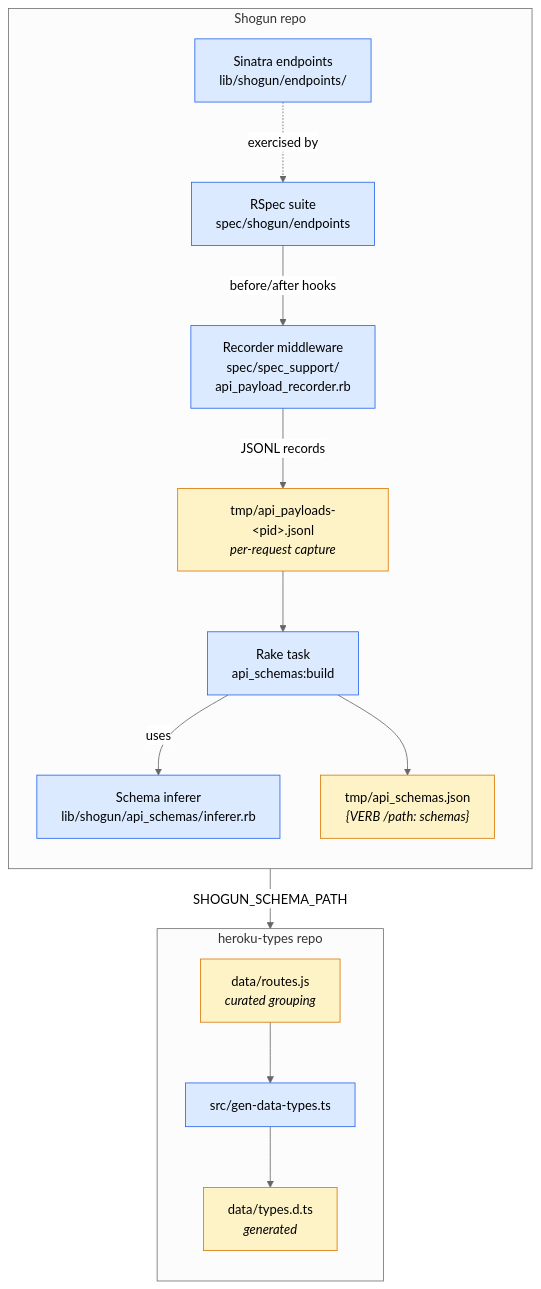
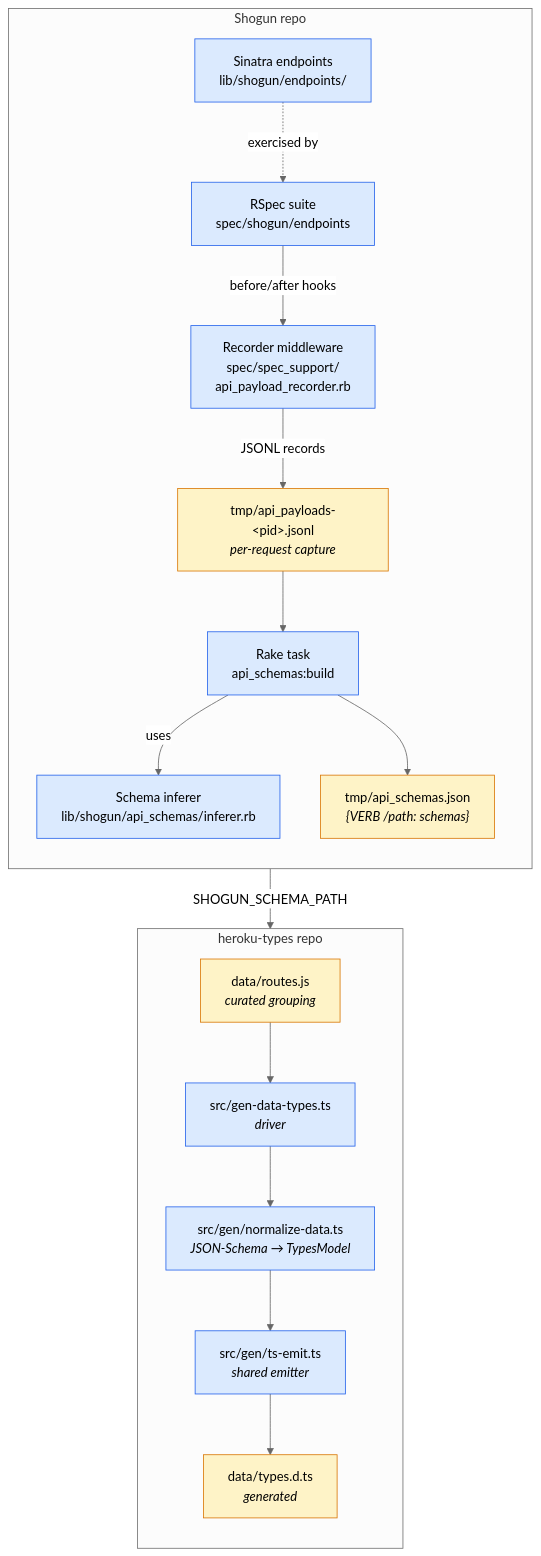
One commit to heroku/typescript-api-schema changed the diagram in docs/data-variant-pipeline.md. Above: the diagram before and after it, drawn with Mermaid (neutral theme). The commit also changed other lines of this file and 1 other file, not shown here.

````diff
--- a/docs/data-variant-pipeline.md
+++ b/docs/data-variant-pipeline.md
@@ -28,37 +28,41 @@
 ```mermaid
 flowchart TB
   subgraph Shogun["Shogun repo"]
     direction TB
     R1["Sinatra endpoints<br/>lib/shogun/endpoints/"]
     SP["RSpec suite<br/>spec/shogun/endpoints"]
     REC["Recorder middleware<br/>spec/spec_support/<br/>api_payload_recorder.rb"]
     JSONL["tmp/api_payloads-&lt;pid&gt;.jsonl<br/><i>per-request capture</i>"]
     INF["Schema inferer<br/>lib/shogun/api_schemas/inferer.rb"]
     RAKE["Rake task<br/>api_schemas:build"]
     JSON["tmp/api_schemas.json<br/><i>{VERB /path: schemas}</i>"]
 
     R1 -.exercised by.-> SP
     SP -- "before/after hooks" --> REC
     REC -- "JSONL records" --> JSONL
     JSONL --> RAKE
     RAKE -- "uses" --> INF
     RAKE --> JSON
   end
 
   subgraph HT["heroku-types repo"]
     direction TB
     ROUTES["data/routes.js<br/><i>curated grouping</i>"]
-    GEN["src/gen-data-types.ts"]
+    GEN["src/gen-data-types.ts<br/><i>driver</i>"]
+    NORM["src/gen/normalize-data.ts<br/><i>JSON-Schema → TypesModel</i>"]
+    EMIT["src/gen/ts-emit.ts<br/><i>shared emitter</i>"]
     TYPES["data/types.d.ts<br/><i>generated</i>"]
 
     ROUTES --> GEN
-    GEN --> TYPES
+    GEN --> NORM
+    NORM --> EMIT
+    EMIT --> TYPES
   end
 
   JSON -- "SHOGUN_SCHEMA_PATH" --> GEN
 
   classDef artifact fill:#fef3c7,stroke:#d97706
   classDef code fill:#dbeafe,stroke:#2563eb
   class JSONL,JSON,TYPES,ROUTES artifact
-  class REC,INF,RAKE,GEN,R1,SP code
+  class REC,INF,RAKE,GEN,NORM,EMIT,R1,SP code
 ```
````
